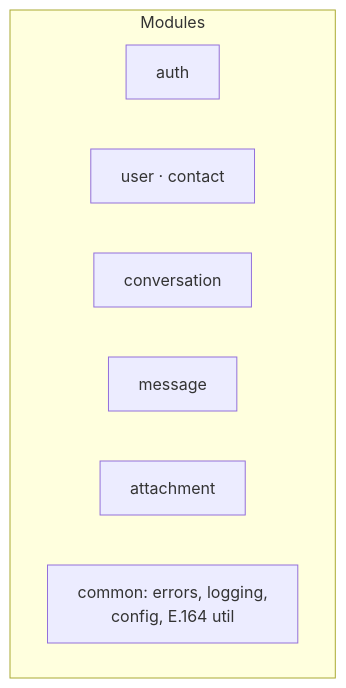
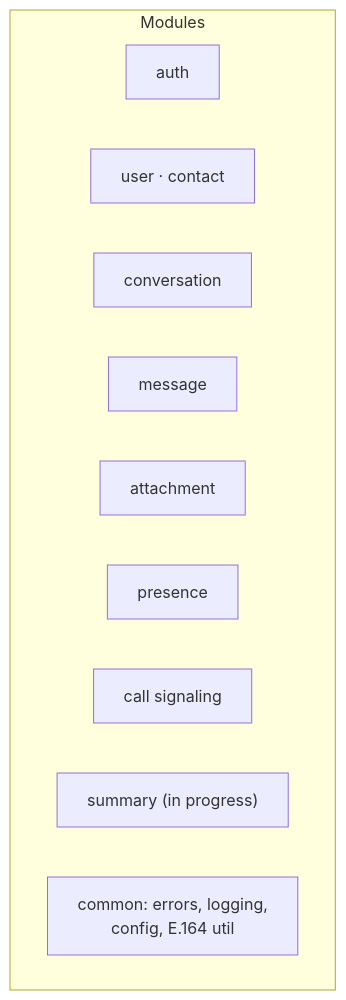
Before and after one commit to JasonTM17/Nexachat_AppJ: the second of 3 diagrams in docs/architecture.md, drawn with Mermaid. The commit also changed other lines of this file and 159 other files, not shown here.

````diff
--- a/docs/architecture.md
+++ b/docs/architecture.md
@@ -62,11 +75,14 @@
 ```mermaid
 flowchart TB
     subgraph Mod["Modules"]
         AUTH["auth"]
         USER["user · contact"]
         CONV["conversation"]
         MSG["message"]
         ATT["attachment"]
+        PRES["presence"]
+        CALL["call signaling"]
+        SUM["summary (in progress)"]
         COMMON["common: errors, logging,<br/>config, E.164 util"]
     end
 ```
````
